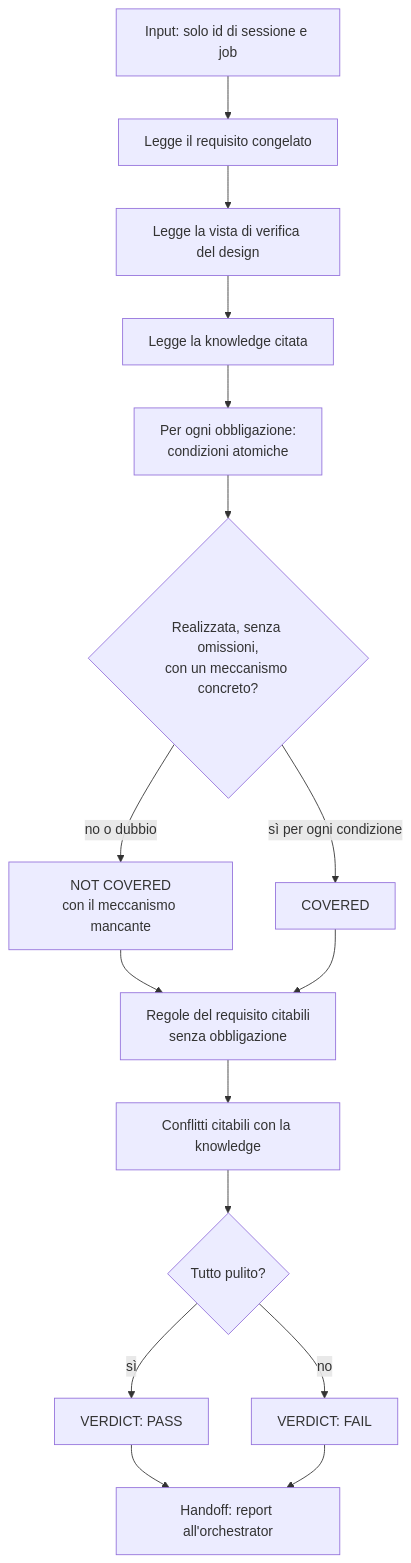
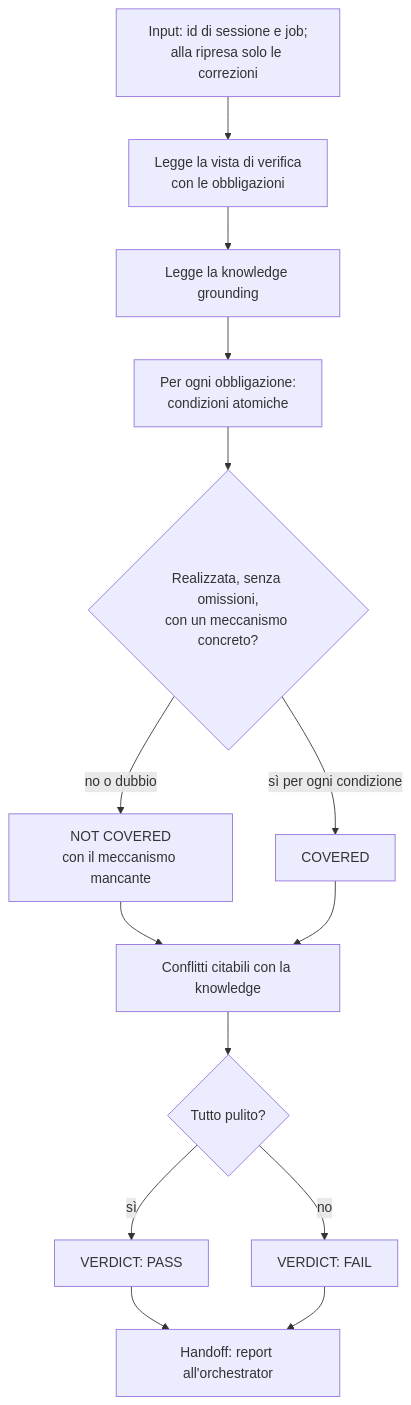
Before and after one commit to violabg/agentic-system-lessons: the diagram in orchestrator/role-maps/agents/design-verifier.md, drawn with Mermaid. The commit also changed other lines of this file and 57 other files, not shown here.

````diff
--- a/orchestrator/role-maps/agents/design-verifier.md
+++ b/orchestrator/role-maps/agents/design-verifier.md
@@ -17,18 +17,16 @@
 ```mermaid
 flowchart TD
-    Prompt[Input: solo id di sessione e job] --> R[Legge il requisito congelato]
-    R --> View[Legge la vista di verifica del design]
-    View --> K[Legge la knowledge citata]
+    Prompt[Input: id di sessione e job;<br/>alla ripresa solo le correzioni] --> View[Legge la vista di verifica<br/>con le obbligazioni]
+    View --> K[Legge la knowledge grounding]
     K --> Split[Per ogni obbligazione:<br/>condizioni atomiche]
     Split --> Q{Realizzata, senza omissioni,<br/>con un meccanismo concreto?}
     Q -->|no o dubbio| NotCovered[NOT COVERED<br/>con il meccanismo mancante]
     Q -->|sì per ogni condizione| Covered[COVERED]
-    NotCovered --> Unmapped[Regole del requisito citabili<br/>senza obbligazione]
-    Covered --> Unmapped
-    Unmapped --> Conflicts[Conflitti citabili con la knowledge]
+    NotCovered --> Conflicts[Conflitti citabili con la knowledge]
+    Covered --> Conflicts
     Conflicts --> Verdict{Tutto pulito?}
     Verdict -->|sì| Pass[VERDICT: PASS]
     Verdict -->|no| Fail[VERDICT: FAIL]
     Pass --> Handoff[Handoff: report all'orchestrator]
     Fail --> Handoff
 ```
````
